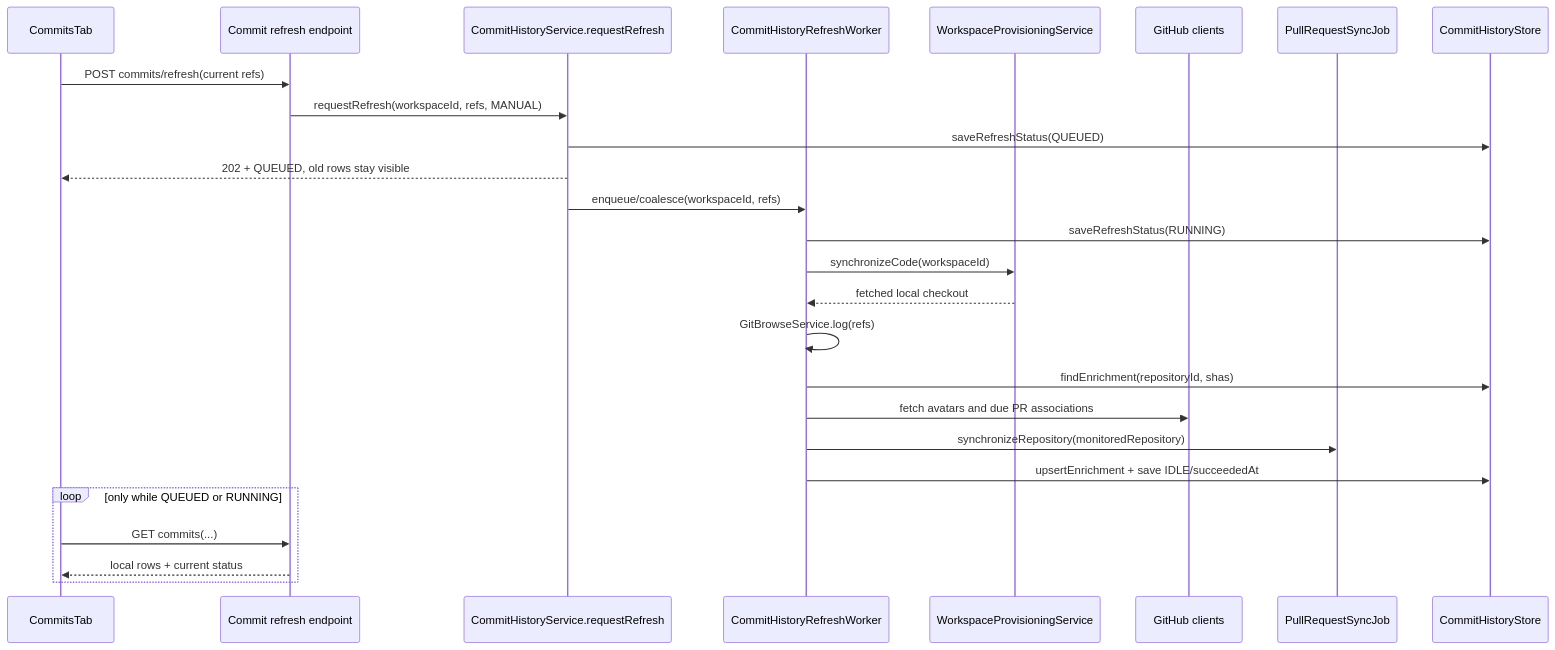
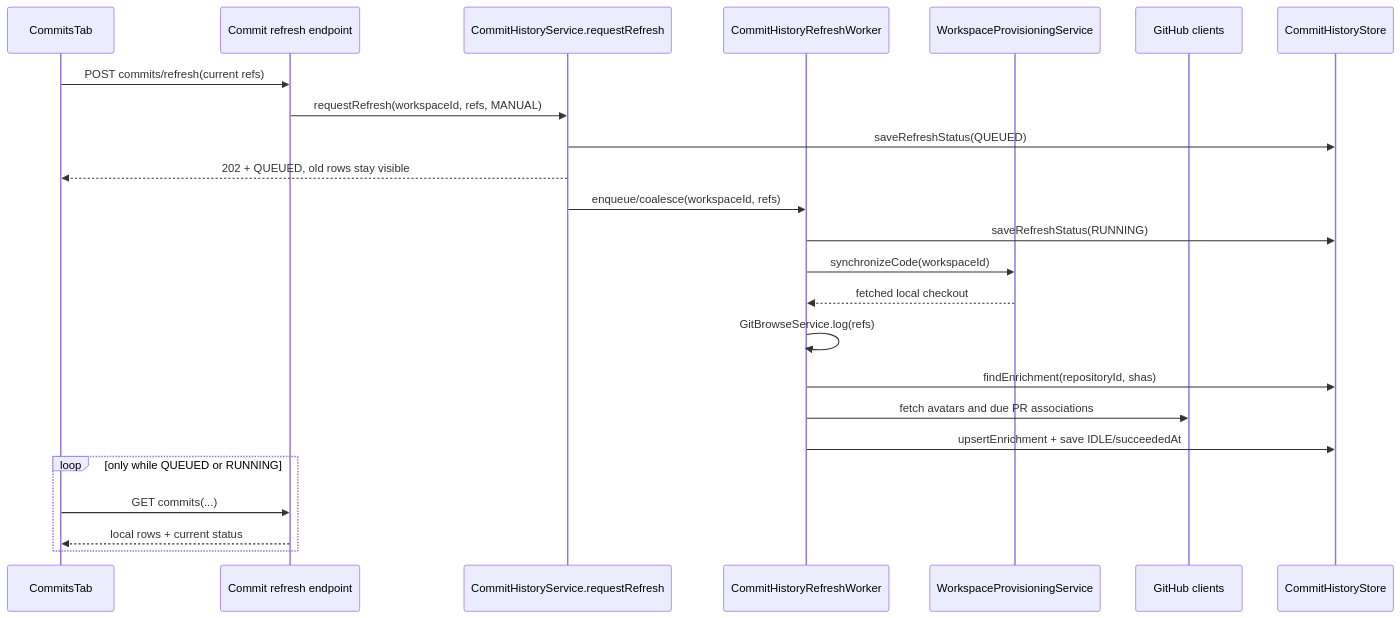
One commit to bytequay/bytequay changed the second of 3 diagrams in docs/design/commits.md. Above: the diagram before and after it, drawn with Mermaid. The commit also changed other lines of this file and 2 other files, not shown here.

````diff
--- a/docs/design/commits.md
+++ b/docs/design/commits.md
@@ -428,29 +425,27 @@
 ```mermaid
 sequenceDiagram
     participant UI as CommitsTab
     participant API as Commit refresh endpoint
     participant Service as CommitHistoryService.requestRefresh
     participant Worker as CommitHistoryRefreshWorker
     participant Git as WorkspaceProvisioningService
     participant GitHub as GitHub clients
-    participant PR as PullRequestSyncJob
     participant Store as CommitHistoryStore
 
     UI->>API: POST commits/refresh(current refs)
     API->>Service: requestRefresh(workspaceId, refs, MANUAL)
     Service->>Store: saveRefreshStatus(QUEUED)
     Service-->>UI: 202 + QUEUED, old rows stay visible
     Service->>Worker: enqueue/coalesce(workspaceId, refs)
     Worker->>Store: saveRefreshStatus(RUNNING)
     Worker->>Git: synchronizeCode(workspaceId)
     Git-->>Worker: fetched local checkout
     Worker->>Worker: GitBrowseService.log(refs)
     Worker->>Store: findEnrichment(repositoryId, shas)
     Worker->>GitHub: fetch avatars and due PR associations
-    Worker->>PR: synchronizeRepository(monitoredRepository)
     Worker->>Store: upsertEnrichment + save IDLE/succeededAt
     loop only while QUEUED or RUNNING
         UI->>API: GET commits(...)
         API-->>UI: local rows + current status
     end
 ```
````
